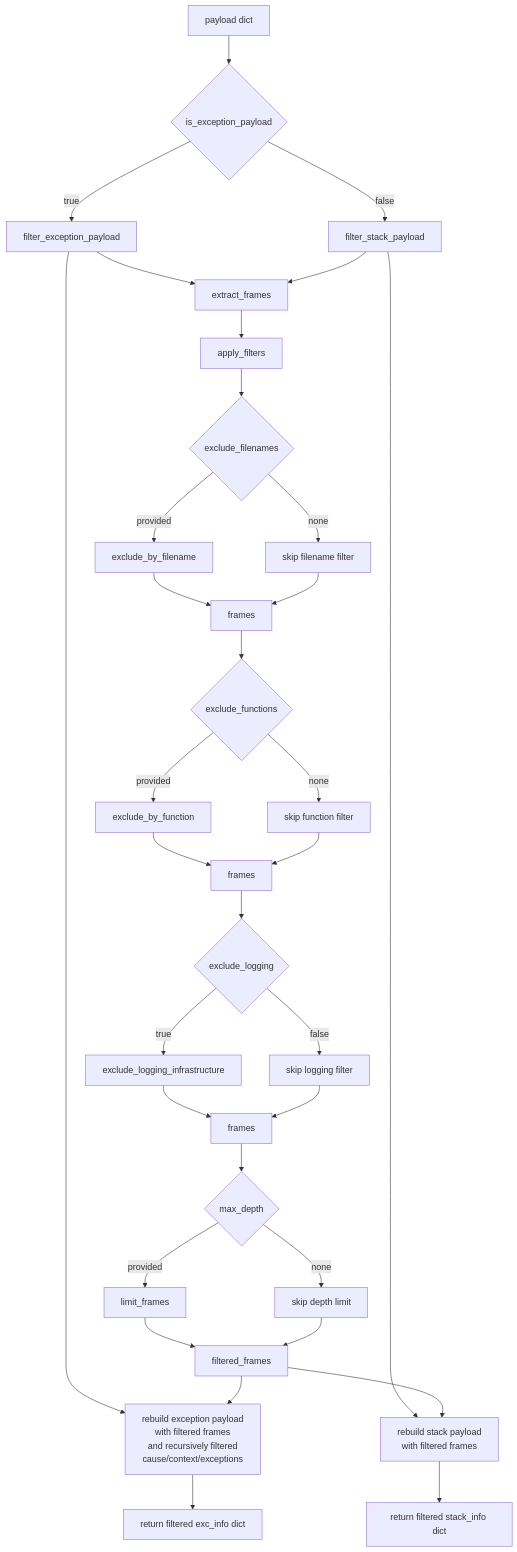
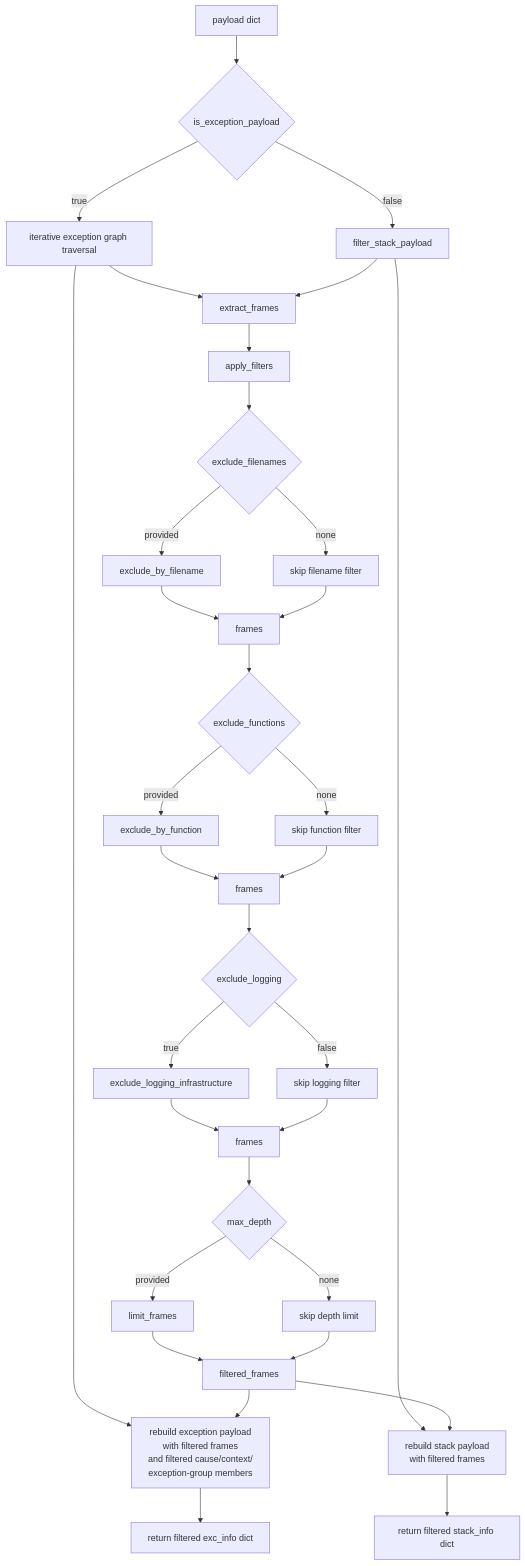
One commit to leynos/femtologging changed the diagram in docs/frame-filtering-design.md. Above: the diagram before and after it, drawn with Mermaid. The commit also changed other lines of this file and 12 other files, not shown here.

First line of the commit message:
Bound exception graph traversal (#443)

````diff
--- a/docs/frame-filtering-design.md
+++ b/docs/frame-filtering-design.md
@@ -20,48 +20,48 @@
 ```mermaid
 flowchart TD
     A[payload dict] --> B{is_exception_payload}
-    B -->|true| C[filter_exception_payload]
+    B -->|true| C[iterative exception graph traversal]
     B -->|false| D[filter_stack_payload]
 
     C --> E[extract_frames]
     D --> E
 
     E --> F[apply_filters]
 
     F --> G{exclude_filenames}
     G -->|provided| H[exclude_by_filename]
     G -->|none| I[skip filename filter]
 
     H --> J[frames]
     I --> J
 
     J --> K{exclude_functions}
     K -->|provided| L[exclude_by_function]
     K -->|none| M[skip function filter]
 
     L --> N[frames]
     M --> N
 
     N --> O{exclude_logging}
     O -->|true| P[exclude_logging_infrastructure]
     O -->|false| Q[skip logging filter]
 
     P --> R[frames]
     Q --> R
 
     R --> S{max_depth}
     S -->|provided| T[limit_frames]
     S -->|none| U[skip depth limit]
 
     T --> V[filtered_frames]
     U --> V
 
-    C --> W["rebuild exception payload<br/>with filtered frames<br/>and recursively filtered<br/>cause/context/exceptions"]
+    C --> W["rebuild exception payload<br/>with filtered frames<br/>and filtered cause/context/<br/>exception-group members"]
     D --> X["rebuild stack payload<br/>with filtered frames"]
 
     V --> W
     V --> X
 
     W --> Y[return filtered exc_info dict]
     X --> Z[return filtered stack_info dict]
 ```
````
